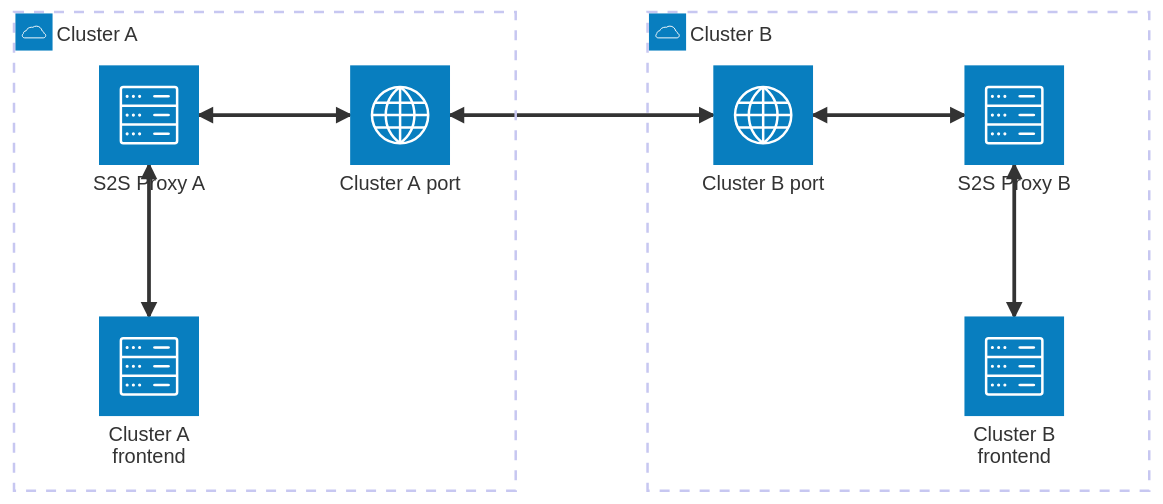
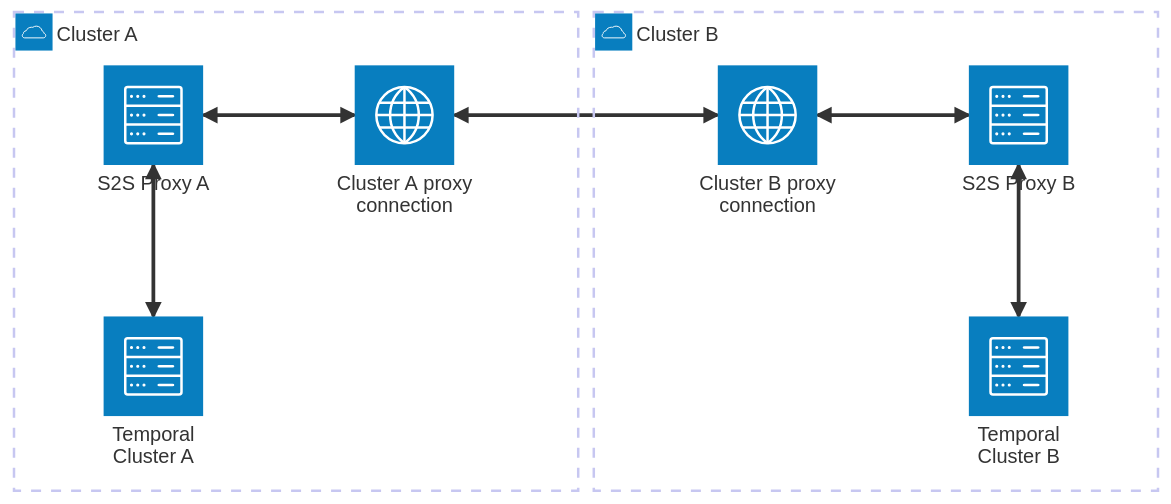
Before and after one commit to temporalio/s2s-proxy: the diagram in README.md, drawn with Mermaid.

Commit message:
Update diagram a bit

````diff
--- a/README.md
+++ b/README.md
@@ -38,25 +38,25 @@
 ```mermaid
 architecture-beta
 
 group clusterA(cloud)[Cluster A]
-service temporalA(server)[Cluster A frontend] in clusterA
+service temporalA(server)[Temporal Cluster A] in clusterA
 service s2sA(server)[S2S Proxy A] in clusterA
-service s2sPortA(internet)[Cluster A port] in clusterA
+service s2sPortA(internet)[Cluster A proxy connection] in clusterA
 
 
 group clusterB(cloud)[Cluster B]
-service temporalB(server)[Cluster B frontend] in clusterB
+service temporalB(server)[Temporal Cluster B] in clusterB
 service s2sB(server)[S2S Proxy B] in clusterB
-service s2sPortB(internet)[Cluster B port] in clusterB
+service s2sPortB(internet)[Cluster B proxy connection] in clusterB
 
 %% Client connections
 temporalA:T <--> B:s2sA
 s2sA:R <--> L:s2sPortA
 
 %% Cluster B connections
 temporalB:T <--> B:s2sB
 s2sB:L <--> R:s2sPortB
 
 %% Client<->Cloud connections
 s2sPortB:L <--> R:s2sPortA
 ```
````
